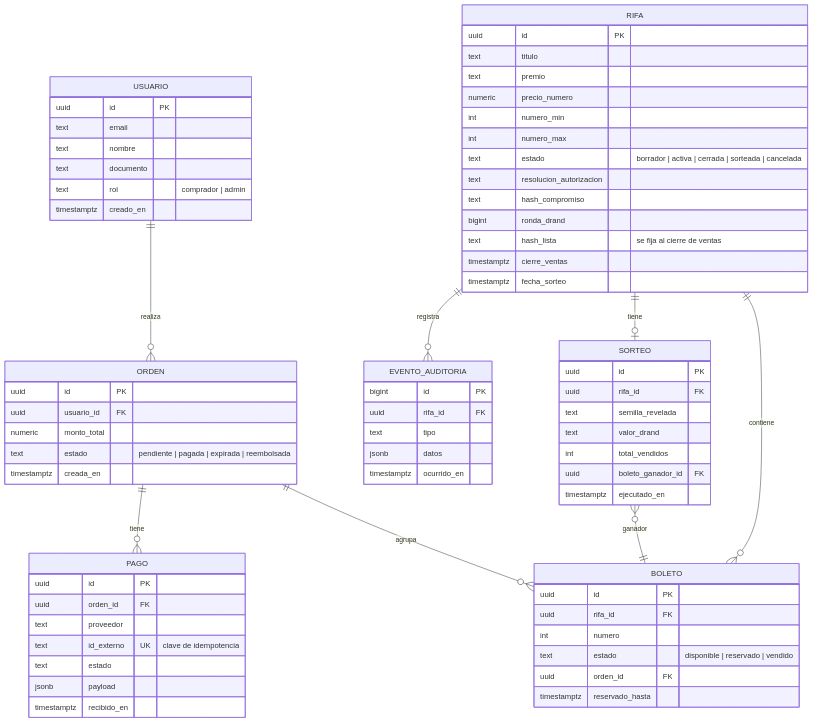
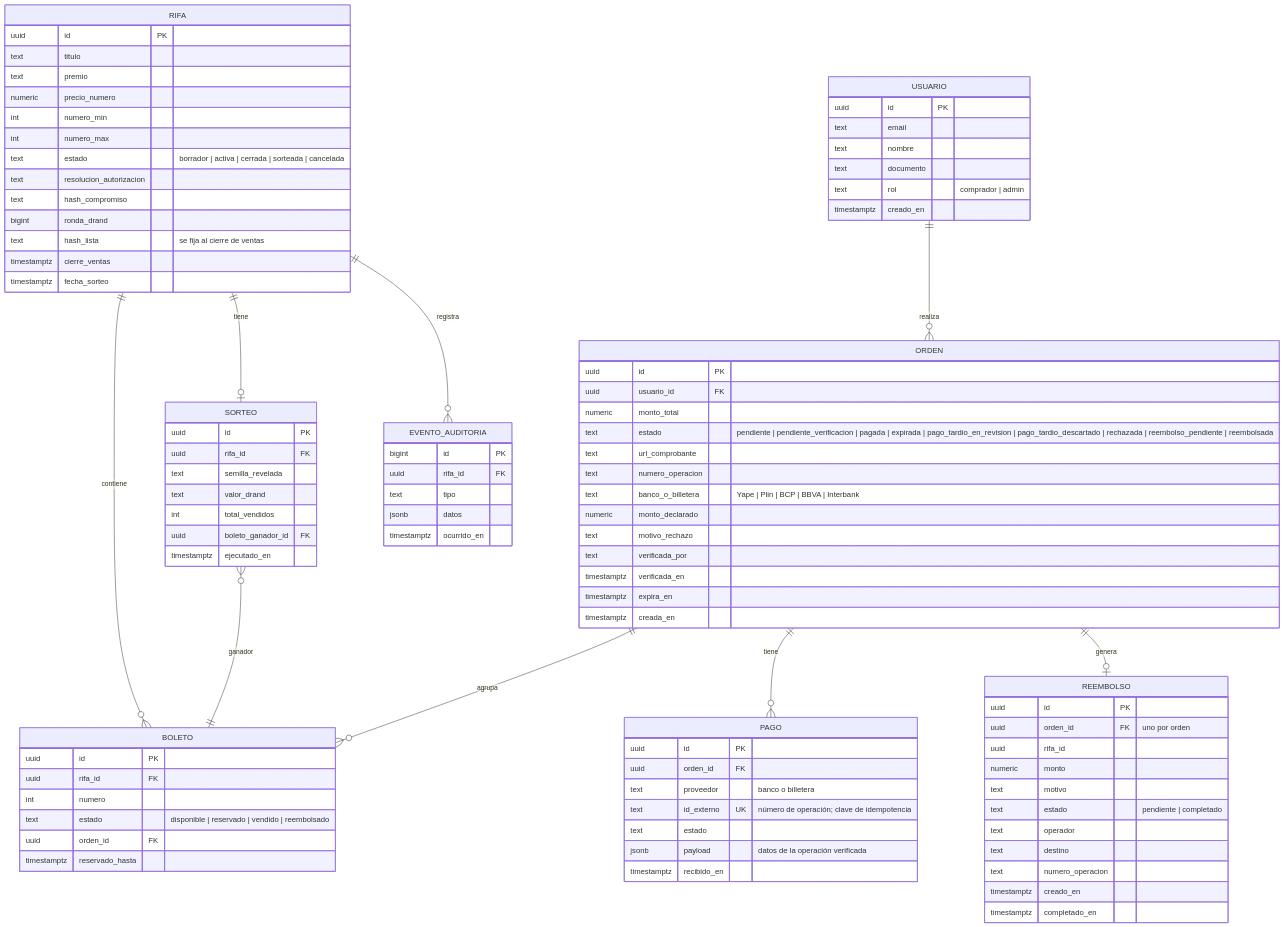
Before and after one commit to kanoso/ecommcerce-saas-sonet: the third of 12 diagrams in DOCS/RIFAS/ESPECIFICACIONES-RIFAS.md, drawn with Mermaid. The commit also changed other lines of this file and 444 other files, not shown here.

```diff
--- a/DOCS/RIFAS/ESPECIFICACIONES-RIFAS.md
+++ b/DOCS/RIFAS/ESPECIFICACIONES-RIFAS.md
@@ -247,6 +249,7 @@
     RIFA ||--o{ BOLETO : contiene
     ORDEN ||--o{ BOLETO : agrupa
     ORDEN ||--o{ PAGO : tiene
+    ORDEN ||--o| REEMBOLSO : genera
     RIFA ||--o| SORTEO : tiene
     SORTEO }o--|| BOLETO : ganador
     RIFA ||--o{ EVENTO_AUDITORIA : registra
@@ -278,7 +281,7 @@
         uuid id PK
         uuid rifa_id FK
         int numero
-        text estado "disponible | reservado | vendido"
+        text estado "disponible | reservado | vendido | reembolsado"
         uuid orden_id FK
         timestamptz reservado_hasta
     }
@@ -286,17 +289,38 @@
         uuid id PK
         uuid usuario_id FK
         numeric monto_total
-        text estado "pendiente | pagada | expirada | reembolsada"
+        text estado "pendiente | pendiente_verificacion | pagada | expirada | pago_tardio_en_revision | pago_tardio_descartado | rechazada | reembolso_pendiente | reembolsada"
+        text url_comprobante
+        text numero_operacion
+        text banco_o_billetera "Yape | Plin | BCP | BBVA | Interbank"
+        numeric monto_declarado
+        text motivo_rechazo
+        text verificada_por
+        timestamptz verificada_en
+        timestamptz expira_en
         timestamptz creada_en
     }
     PAGO {
         uuid id PK
         uuid orden_id FK
-        text proveedor
-        text id_externo UK "clave de idempotencia"
+        text proveedor "banco o billetera"
+        text id_externo UK "número de operación; clave de idempotencia"
         text estado
-        jsonb payload
+        jsonb payload "datos de la operación verificada"
         timestamptz recibido_en
+    }
+    REEMBOLSO {
+        uuid id PK
+        uuid orden_id FK "uno por orden"
+        uuid rifa_id
+        numeric monto
+        text motivo
+        text estado "pendiente | completado"
+        text operador
+        text destino
+        text numero_operacion
+        timestamptz creado_en
+        timestamptz completado_en
     }
     SORTEO {
         uuid id PK
```
